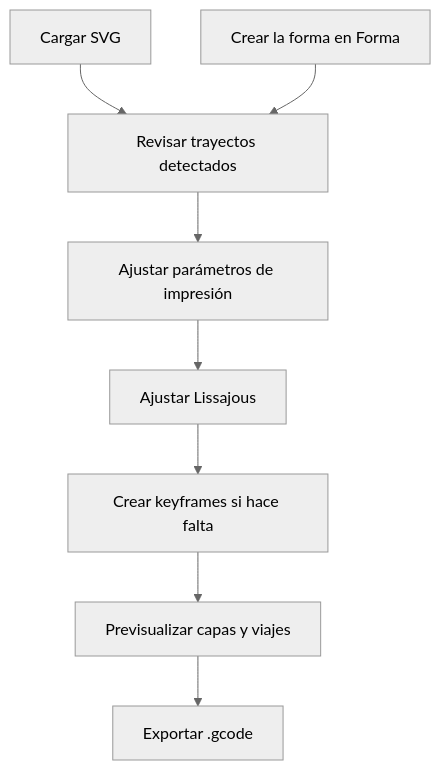
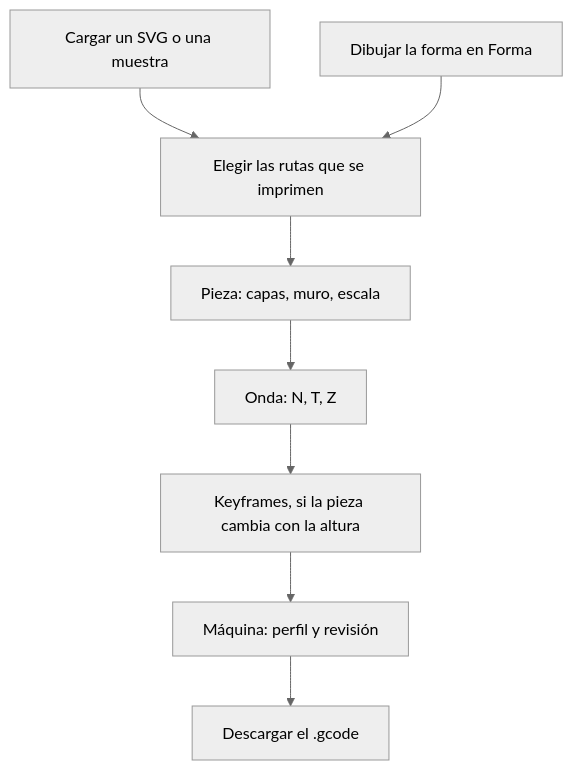
One commit to Cranmellar/barrocode changed the diagram in docs/usage.md. Above: the diagram before and after it, drawn with Mermaid (neutral theme). The commit also changed other lines of this file, not shown here.

````diff
--- a/docs/usage.md
+++ b/docs/usage.md
@@ -7,10 +5,10 @@
 ```mermaid
 flowchart TD
-  A["Cargar SVG"] --> B["Revisar trayectos detectados"]
-  F0["Crear la forma en Forma"] --> B
-  B --> C["Ajustar parámetros de impresión"]
-  C --> D["Ajustar Lissajous"]
-  D --> E["Crear keyframes si hace falta"]
-  E --> F["Previsualizar capas y viajes"]
-  F --> G["Exportar .gcode"]
+  A["Cargar un SVG o una muestra"] --> C["Elegir las rutas que se imprimen"]
+  B["Dibujar la forma en Forma"] --> C
+  C --> D["Pieza: capas, muro, escala"]
+  D --> E["Onda: N, T, Z"]
+  E --> K["Keyframes, si la pieza cambia con la altura"]
+  K --> M["Máquina: perfil y revisión"]
+  M --> G["Descargar el .gcode"]
 ```
````
